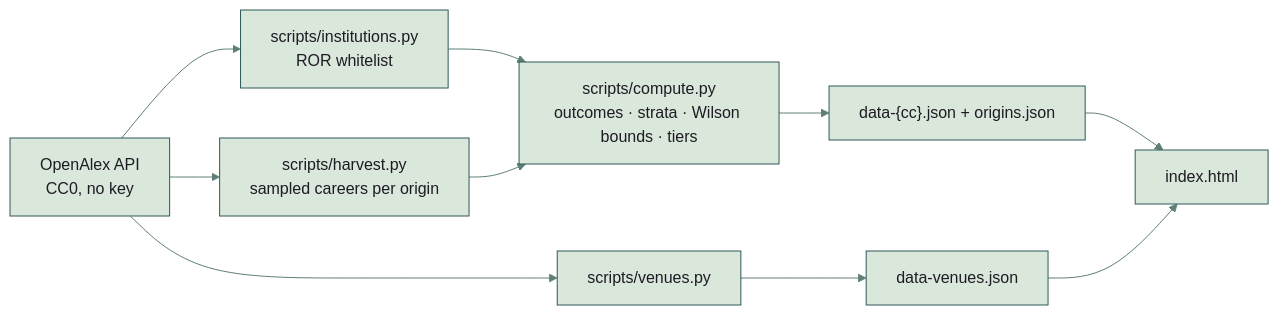
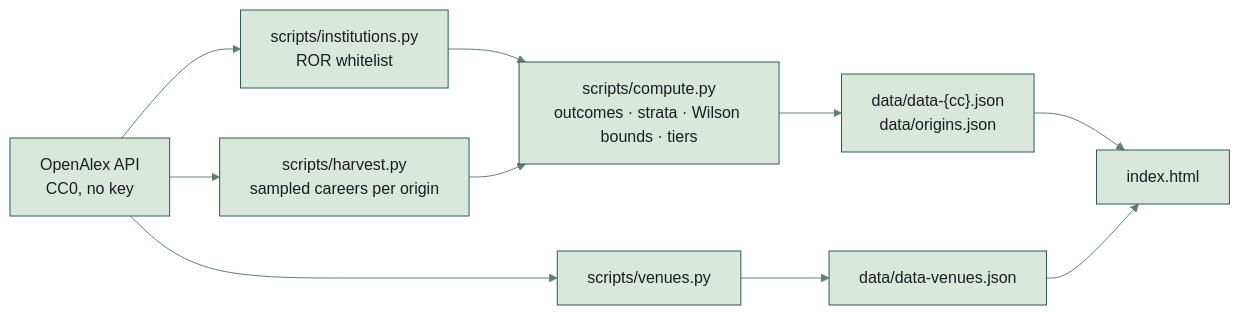
One commit to NickkkLian/Scholar-Outflow-Lab changed the diagram in README.md. Above: the diagram before and after it, drawn with Mermaid. The commit also changed other lines of this file and 24 other files, not shown here.

````diff
--- a/README.md
+++ b/README.md
@@ -64,12 +64,12 @@
 ```mermaid
 %%{init: {"theme": "base", "themeVariables": {"darkMode": false, "fontFamily": "Inter, BlinkMacSystemFont, Segoe UI, Helvetica Neue, Helvetica, Arial", "primaryColor": "#dae7db", "mainBkg": "#dae7db", "primaryTextColor": "#1d1b24", "nodeTextColor": "#1d1b24", "textColor": "#1d1b24", "primaryBorderColor": "#2f5859", "nodeBorder": "#2f5859", "secondaryColor": "#fae8eb", "tertiaryColor": "#f7e9e8", "lineColor": "#5f7f76", "arrowheadColor": "#5f7f76", "defaultLinkColor": "#5f7f76", "edgeLabelBackground": "#fae8eb", "clusterBkg": "#f7e9e8", "clusterBorder": "#a8707a", "titleColor": "#7d2d44"}}}%%
 flowchart LR
   OA["OpenAlex API<br/>CC0, no key"] --> INST["scripts/institutions.py<br/>ROR whitelist"]
   OA --> HARV["scripts/harvest.py<br/>sampled careers per origin"]
   INST --> COMP["scripts/compute.py<br/>outcomes · strata · Wilson bounds · tiers"]
   HARV --> COMP
-  COMP --> DATA["data-{cc}.json + origins.json"]
-  OA --> VEN["scripts/venues.py"] --> VJ["data-venues.json"]
+  COMP --> DATA["data/data-{cc}.json<br/>data/origins.json"]
+  OA --> VEN["scripts/venues.py"] --> VJ["data/data-venues.json"]
   DATA --> PAGE["index.html"]
   VJ --> PAGE
 ```
````
